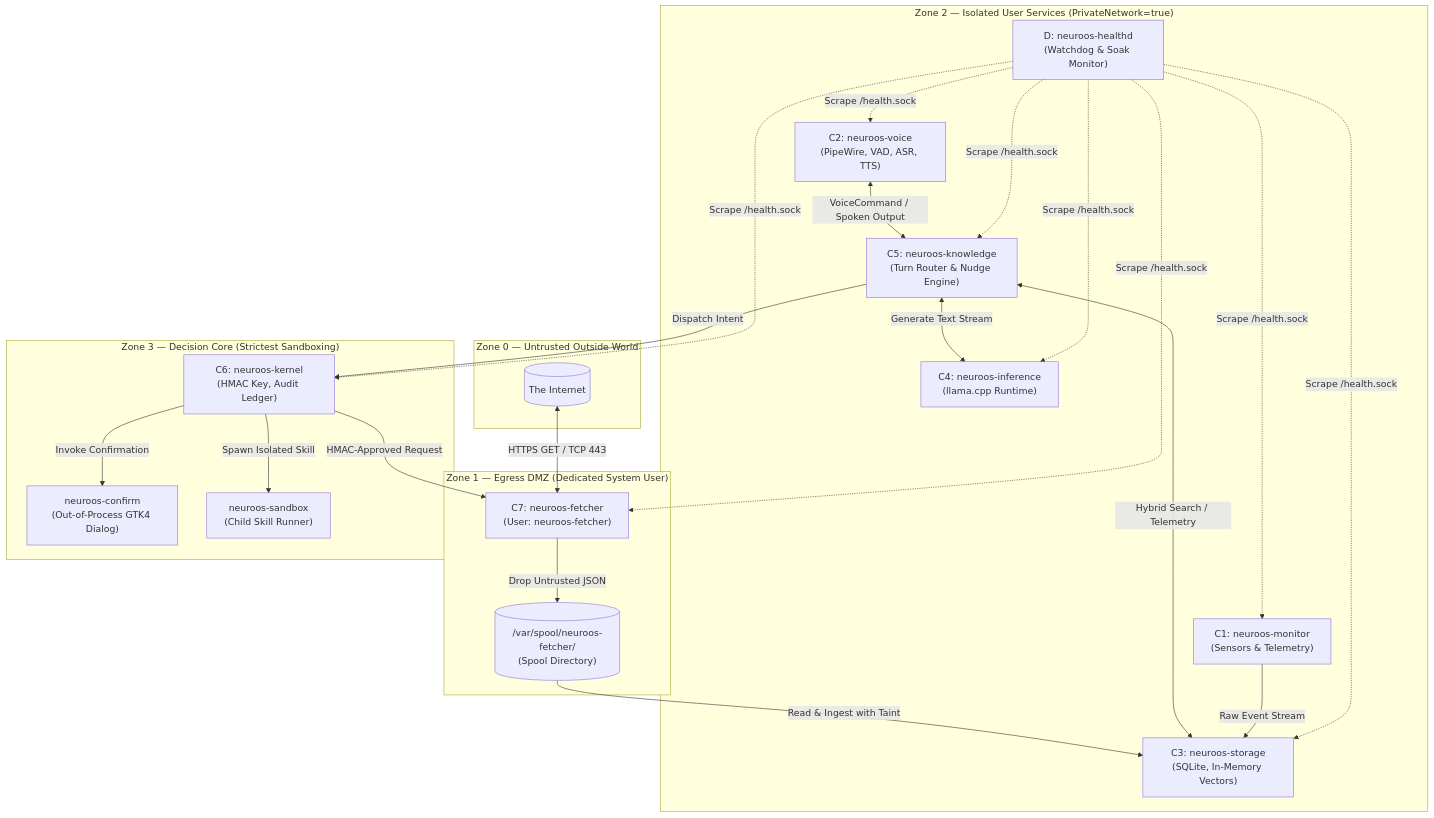
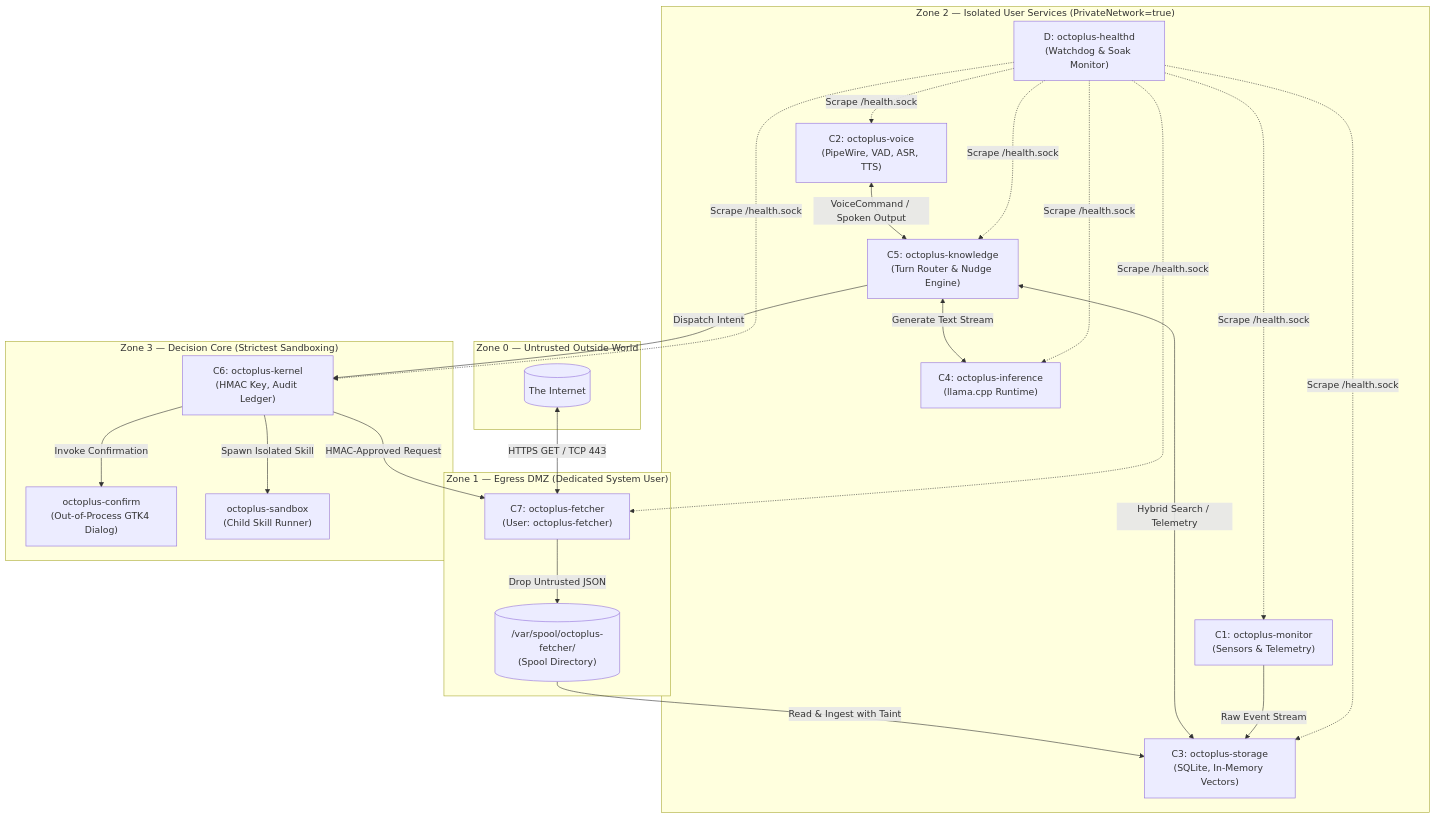
Before and after one commit to bhanot-99/OctoPlus: the diagram in README.md, drawn with Mermaid. The commit also changed other lines of this file and 1022 other files, not shown here.

````diff
--- a/README.md
+++ b/README.md
@@ -99,45 +99,45 @@
 ```mermaid
 flowchart TB
     subgraph Z0["Zone 0 — Untrusted Outside World"]
         WEB[(The Internet)]
     end
 
     subgraph Z1["Zone 1 — Egress DMZ (Dedicated System User)"]
-        C7["C7: neuroos-fetcher<br/>(User: neuroos-fetcher)"]
-        SPOOL[("/var/spool/neuroos-fetcher/<br/>(Spool Directory)")]
+        C7["C7: octoplus-fetcher<br/>(User: octoplus-fetcher)"]
+        SPOOL[("/var/spool/octoplus-fetcher/<br/>(Spool Directory)")]
     end
 
     subgraph Z2["Zone 2 — Isolated User Services (PrivateNetwork=true)"]
-        C1["C1: neuroos-monitor<br/>(Sensors & Telemetry)"]
-        C2["C2: neuroos-voice<br/>(PipeWire, VAD, ASR, TTS)"]
-        C3["C3: neuroos-storage<br/>(SQLite, In-Memory Vectors)"]
-        C4["C4: neuroos-inference<br/>(llama.cpp Runtime)"]
-        C5["C5: neuroos-knowledge<br/>(Turn Router & Nudge Engine)"]
-        D["D: neuroos-healthd<br/>(Watchdog & Soak Monitor)"]
+        C1["C1: octoplus-monitor<br/>(Sensors & Telemetry)"]
+        C2["C2: octoplus-voice<br/>(PipeWire, VAD, ASR, TTS)"]
+        C3["C3: octoplus-storage<br/>(SQLite, In-Memory Vectors)"]
+        C4["C4: octoplus-inference<br/>(llama.cpp Runtime)"]
+        C5["C5: octoplus-knowledge<br/>(Turn Router & Nudge Engine)"]
+        D["D: octoplus-healthd<br/>(Watchdog & Soak Monitor)"]
     end
 
     subgraph Z3["Zone 3 — Decision Core (Strictest Sandboxing)"]
-        C6["C6: neuroos-kernel<br/>(HMAC Key, Audit Ledger)"]
-        UI["neuroos-confirm<br/>(Out-of-Process GTK4 Dialog)"]
-        SR["neuroos-sandbox<br/>(Child Skill Runner)"]
+        C6["C6: octoplus-kernel<br/>(HMAC Key, Audit Ledger)"]
+        UI["octoplus-confirm<br/>(Out-of-Process GTK4 Dialog)"]
+        SR["octoplus-sandbox<br/>(Child Skill Runner)"]
     end
 
     WEB <-->|HTTPS GET / TCP 443| C7
     C7 -->|Drop Untrusted JSON| SPOOL
     SPOOL -->|Read & Ingest with Taint| C3
     C6 -->|HMAC-Approved Request| C7
     C5 -->|Dispatch Intent| C6
     C6 -->|Spawn Isolated Skill| SR
     C6 -->|Invoke Confirmation| UI
     C2 <-->|VoiceCommand / Spoken Output| C5
     C5 <-->|Generate Text Stream| C4
     C5 <-->|Hybrid Search / Telemetry| C3
     C1 -->|Raw Event Stream| C3
     D -.->|Scrape /health.sock| C1
     D -.->|Scrape /health.sock| C2
     D -.->|Scrape /health.sock| C3
     D -.->|Scrape /health.sock| C4
     D -.->|Scrape /health.sock| C5
     D -.->|Scrape /health.sock| C6
     D -.->|Scrape /health.sock| C7
 ```
````
